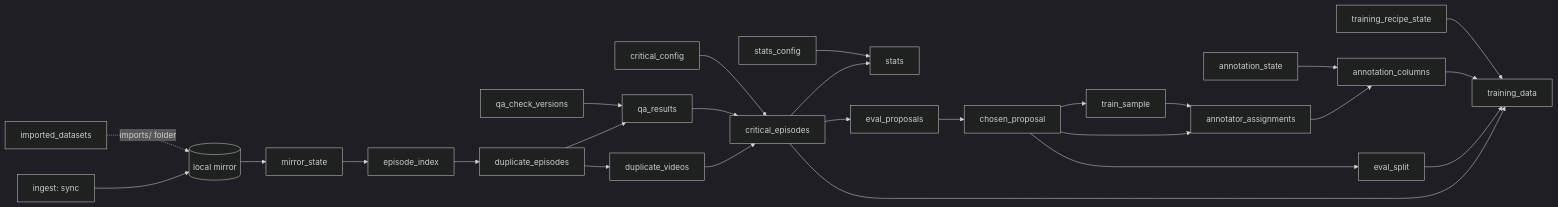
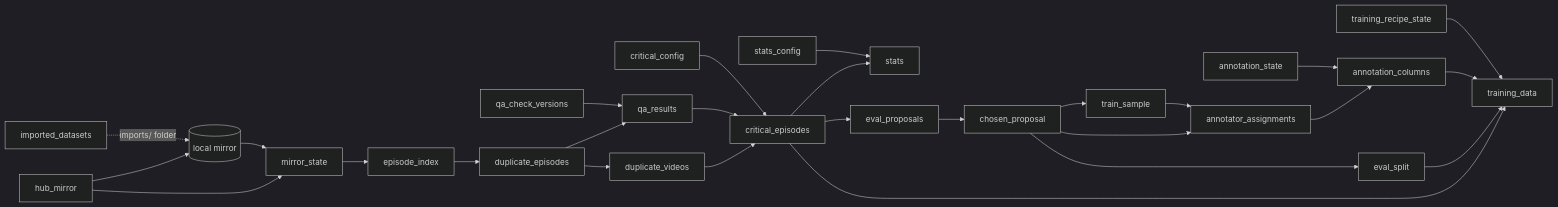
The diagram in docs/pipeline.md (oopsie-data/oopsie-backend), drawn with Mermaid (dark theme) before and after one commit. The commit also changed other lines of this file and 10 other files, not shown here.

````diff
--- a/docs/pipeline.md
+++ b/docs/pipeline.md
@@ -5,28 +5,29 @@
 ```mermaid
 flowchart LR
-  sync["ingest: sync"] --> mirror[("local mirror")]
+  hub_mirror --> mirror[("local mirror")]
+  hub_mirror --> mirror_state
   mirror --> mirror_state
   mirror_state --> episode_index
   episode_index --> duplicate_episodes
   duplicate_episodes --> duplicate_videos
   duplicate_episodes --> qa_results
   qa_check_versions --> qa_results
   duplicate_videos --> critical_episodes
   qa_results --> critical_episodes
   critical_config --> critical_episodes
   critical_episodes --> stats
   stats_config --> stats
   critical_episodes --> eval_proposals
   eval_proposals --> chosen_proposal
   chosen_proposal --> eval_split
   chosen_proposal --> train_sample
   chosen_proposal --> annotator_assignments
   train_sample --> annotator_assignments
   annotator_assignments --> annotation_columns
   annotation_state --> annotation_columns
   imported_datasets -. "imports/ folder" .-> mirror
   critical_episodes --> training_data
   eval_split --> training_data
   annotation_columns --> training_data
   training_recipe_state --> training_data
 ```
````
